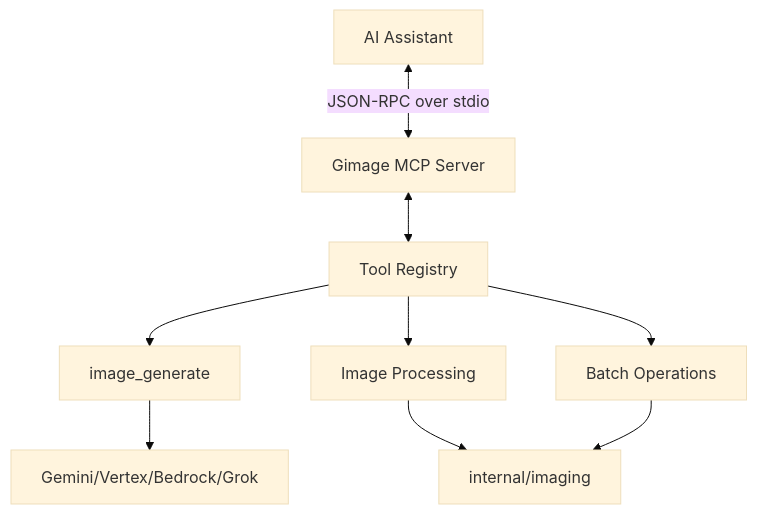
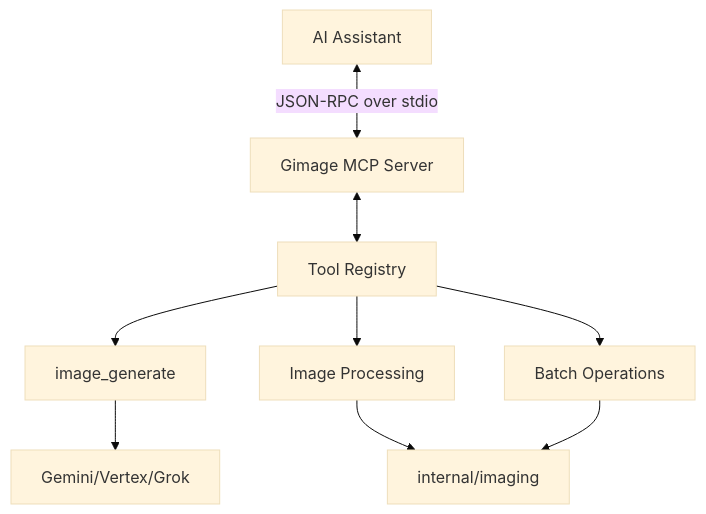
One commit to apresai/gimage changed the diagram in mcp.md. Above: the diagram before and after it, drawn with Mermaid (base theme). The commit also changed other lines of this file and 55 other files, not shown here.

First line of the commit message:
Fix Vertex (global endpoint) + remove EOL'd Bedrock Nova Canvas (#7)

````diff
--- a/mcp.md
+++ b/mcp.md
@@ -26,11 +26,11 @@
 ```mermaid
 graph TD
     A[AI Assistant] <-->|JSON-RPC over stdio| B[Gimage MCP Server]
     B <--> C[Tool Registry]
     C --> D[image_generate]
     C --> E[Image Processing]
     C --> F[Batch Operations]
-    D --> G[Gemini/Vertex/Bedrock/Grok]
+    D --> G[Gemini/Vertex/Grok]
     E --> H[internal/imaging]
     F --> H
 ```
````
